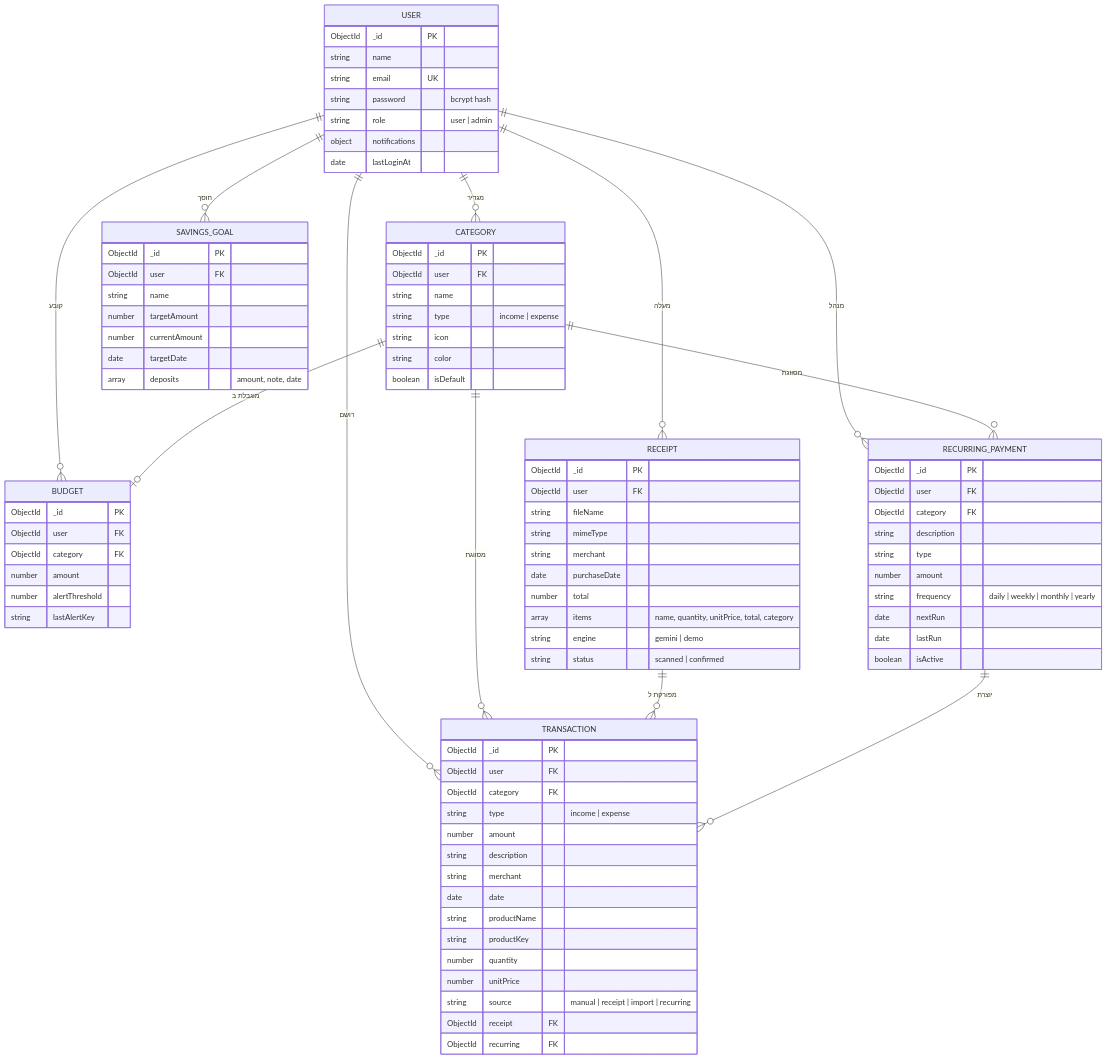
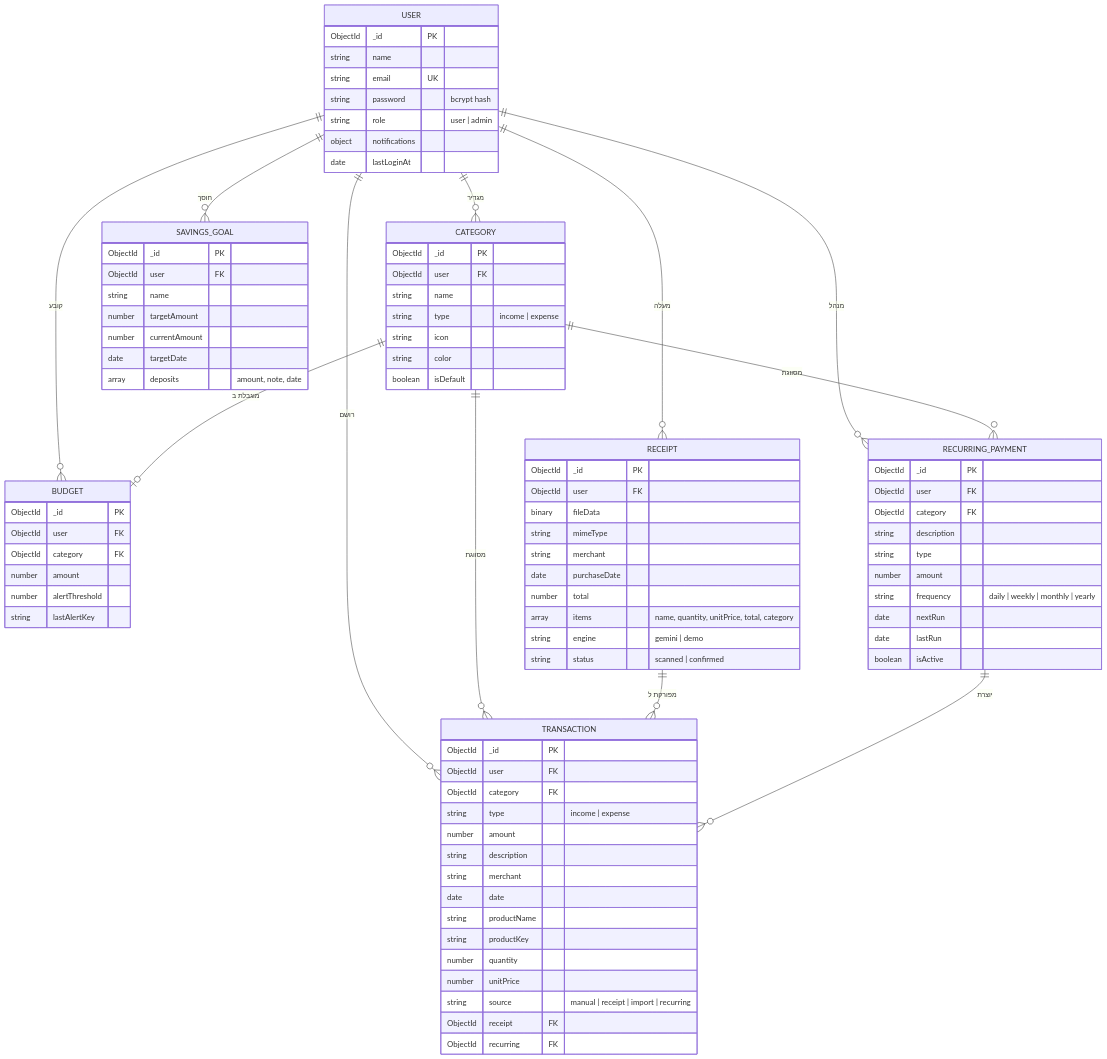
One commit to shneor-yesodot/SmartHome changed the third of 8 diagrams in docs/project-book.md. Above: the diagram before and after it, drawn with Mermaid. The commit also changed other lines of this file and 5 other files, not shown here.

```diff
--- a/docs/project-book.md
+++ b/docs/project-book.md
@@ -326,7 +326,7 @@
     RECEIPT {
         ObjectId _id PK
         ObjectId user FK
-        string fileName
+        binary fileData
         string mimeType
         string merchant
         date purchaseDate
```
